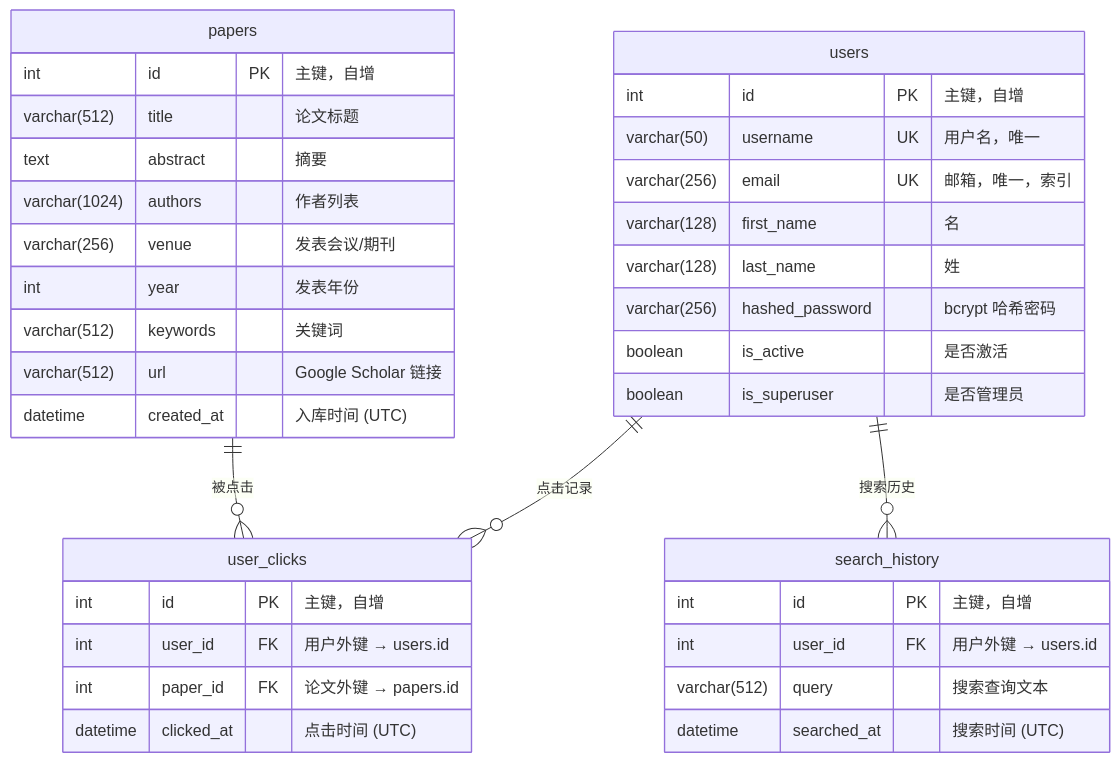
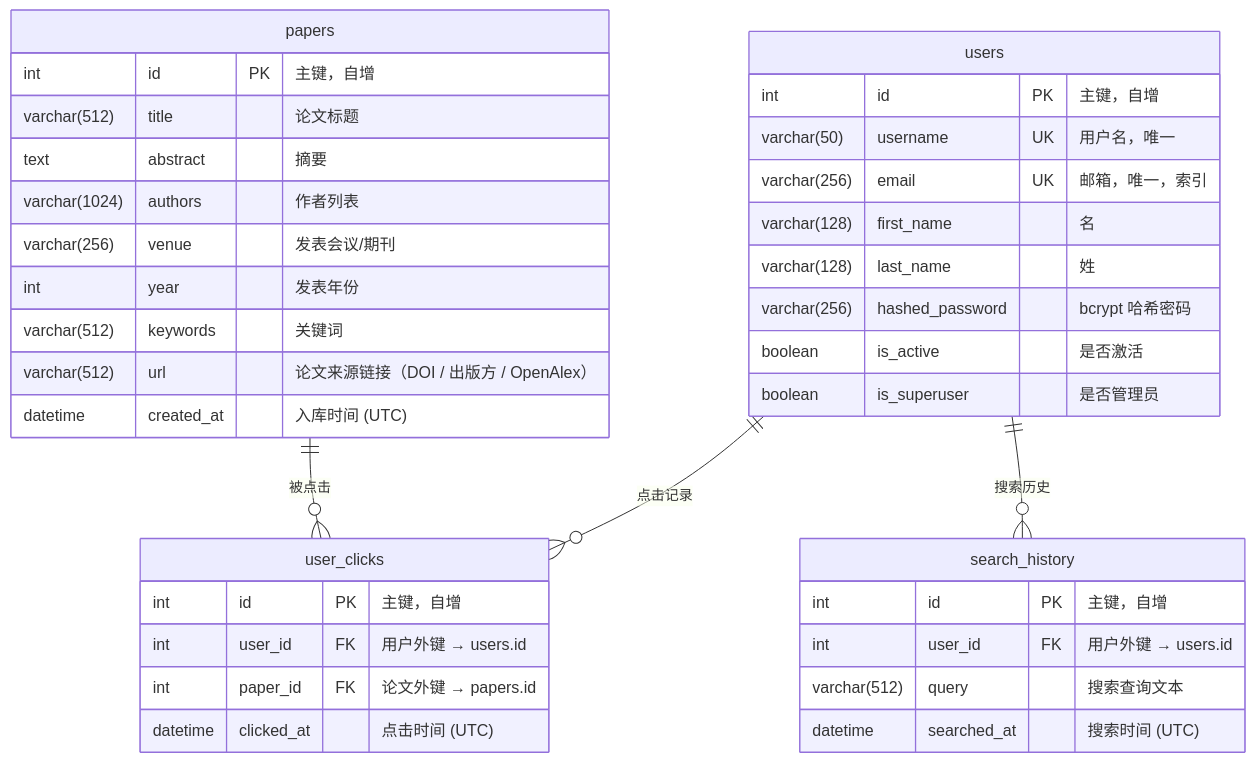
The diagram in README.md (JunjieNian/paper-search-database), drawn with Mermaid before and after one commit. The commit also changed other lines of this file and 11 other files, not shown here.

````diff
--- a/README.md
+++ b/README.md
@@ -107,43 +107,43 @@
 ```mermaid
 erDiagram
     users ||--o{ user_clicks : "点击记录"
     users ||--o{ search_history : "搜索历史"
     papers ||--o{ user_clicks : "被点击"
 
     users {
         int id PK "主键，自增"
         varchar(50) username UK "用户名，唯一"
         varchar(256) email UK "邮箱，唯一，索引"
         varchar(128) first_name "名"
         varchar(128) last_name "姓"
         varchar(256) hashed_password "bcrypt 哈希密码"
         boolean is_active "是否激活"
         boolean is_superuser "是否管理员"
     }
 
     papers {
         int id PK "主键，自增"
         varchar(512) title "论文标题"
         text abstract "摘要"
         varchar(1024) authors "作者列表"
         varchar(256) venue "发表会议/期刊"
         int year "发表年份"
         varchar(512) keywords "关键词"
-        varchar(512) url "Google Scholar 链接"
+        varchar(512) url "论文来源链接（DOI / 出版方 / OpenAlex）"
         datetime created_at "入库时间 (UTC)"
     }
 
     user_clicks {
         int id PK "主键，自增"
         int user_id FK "用户外键 → users.id"
         int paper_id FK "论文外键 → papers.id"
         datetime clicked_at "点击时间 (UTC)"
     }
 
     search_history {
         int id PK "主键，自增"
         int user_id FK "用户外键 → users.id"
         varchar(512) query "搜索查询文本"
         datetime searched_at "搜索时间 (UTC)"
     }
 ```
````
